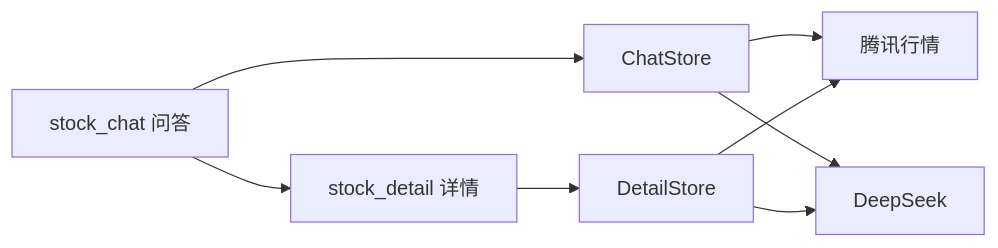
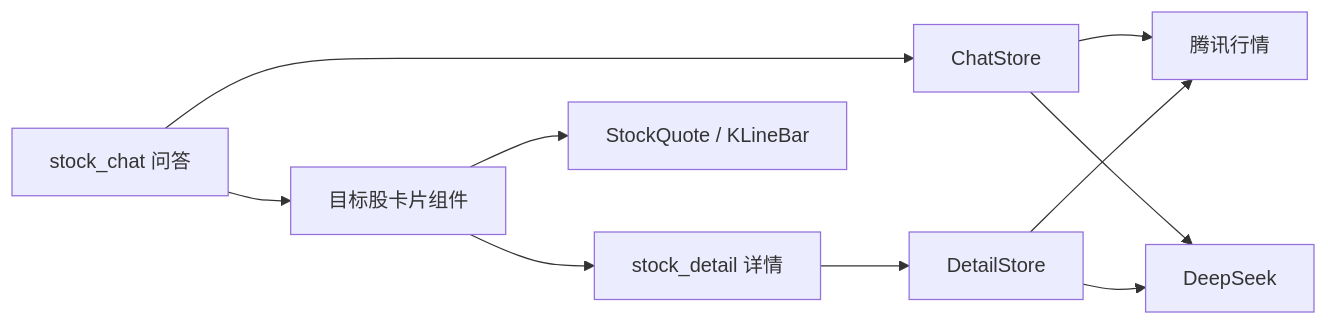
Before and after one commit to donk945/StockApplication: the diagram in README.md, drawn with Mermaid. The commit also changed other lines of this file and 23 other files, not shown here.

First line of the commit message:
Polish Task 2 chat, chart-ask, and submission docs.

````diff
--- a/README.md
+++ b/README.md
@@ -36,10 +62,12 @@
 ```mermaid
 flowchart LR
-  Chat["stock_chat 问答"] --> Detail["stock_detail 详情"]
+  Chat["stock_chat 问答"] --> Card["目标股卡片组件"]
+  Card --> Detail["stock_detail 详情"]
   Chat --> Store["ChatStore"]
   Detail --> DStore["DetailStore"]
   Store --> AI["DeepSeek"]
   Store --> Mkt["腾讯行情"]
   DStore --> Mkt
   DStore --> AI
+  Card --> Quote["StockQuote / KLineBar"]
 ```
````
